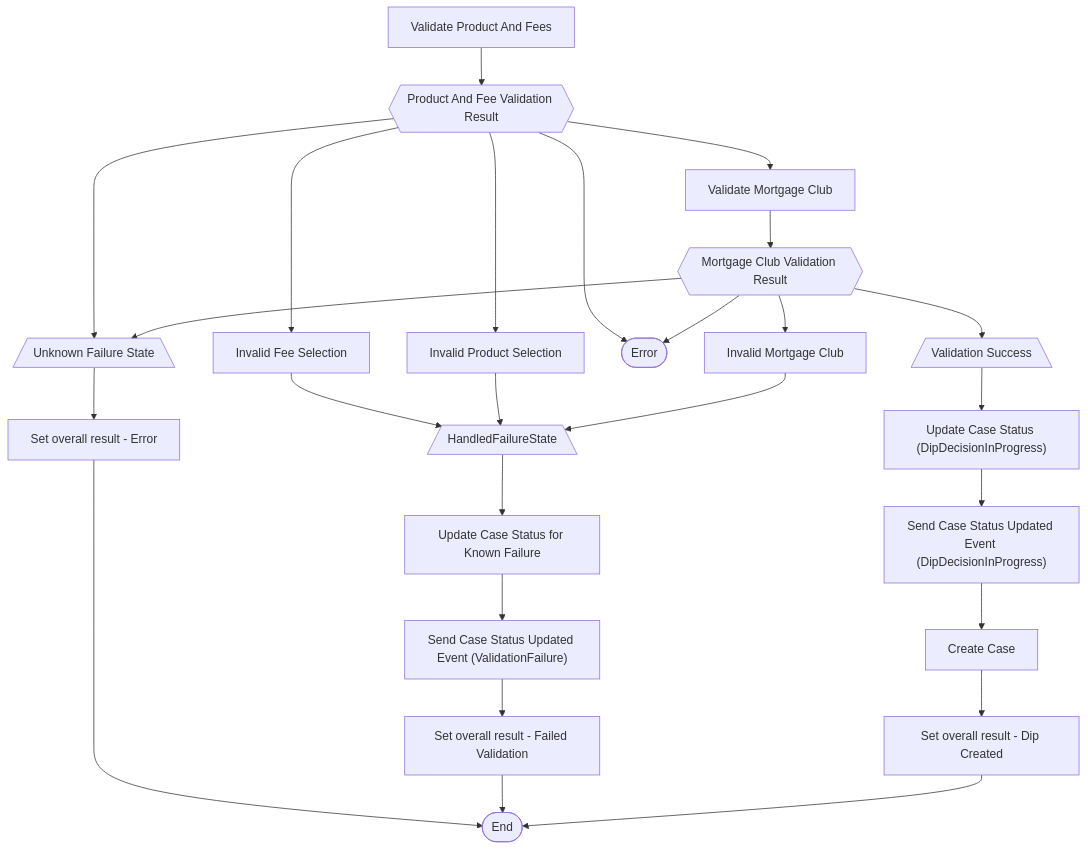
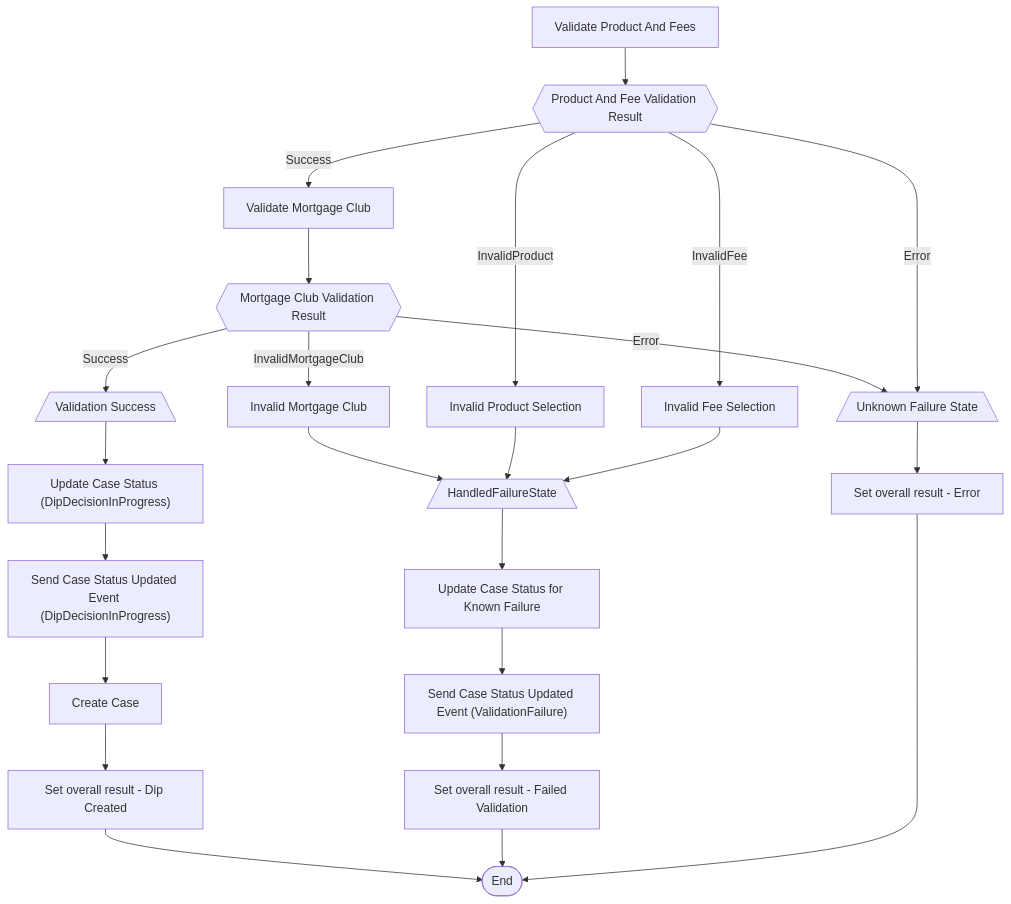
Before and after one commit to andybalham/ts-workflow-prototype: the third of 3 diagrams in test/documentation.md, drawn with Mermaid. The commit also changed other lines of this file and 7 other files, not shown here.

````diff
--- a/test/documentation.md
+++ b/test/documentation.md
@@ -27,36 +27,32 @@
 ```mermaid
 graph TB
 Validate_Product_And_Fees["Validate Product And Fees"] --> 
-Product_And_Fee_Validation_Result{{"Product And Fee Validation Result"}} --> 
+Product_And_Fee_Validation_Result{{"Product And Fee Validation Result"}} -- "Success" -->
 Validate_Mortgage_Club["Validate Mortgage Club"] --> 
-Mortgage_Club_Validation_Result{{"Mortgage Club Validation Result"}} --> 
+Mortgage_Club_Validation_Result{{"Mortgage Club Validation Result"}} -- "Success" -->
 Validation_Success[/"Validation Success"\] --> 
 Update_Case_Status__DipDecisionInProgress_["Update Case Status (DipDecisionInProgress)"] --> 
 Send_Case_Status_Updated_Event__DipDecisionInProgress_["Send Case Status Updated Event (DipDecisionInProgress)"] --> 
 Create_Case["Create Case"] --> 
 Set_overall_result___Dip_Created["Set overall result - Dip Created"] --> 
 _End_([End])
-Mortgage_Club_Validation_Result{{"Mortgage Club Validation Result"}} --> 
+Mortgage_Club_Validation_Result{{"Mortgage Club Validation Result"}} -- "InvalidMortgageClub" -->
 Invalid_Mortgage_Club["Invalid Mortgage Club"] --> 
 HandledFailureState[/"HandledFailureState"\] --> 
 Update_Case_Status_for_Known_Failure["Update Case Status for Known Failure"] --> 
 Send_Case_Status_Updated_Event__ValidationFailure_["Send Case Status Updated Event (ValidationFailure)"] --> 
 Set_overall_result___Failed_Validation["Set overall result - Failed Validation"] --> 
 _End_([End])
-Mortgage_Club_Validation_Result{{"Mortgage Club Validation Result"}} --> 
+Mortgage_Club_Validation_Result{{"Mortgage Club Validation Result"}} -- "Error" -->
 Unknown_Failure_State[/"Unknown Failure State"\] --> 
 Set_overall_result___Error["Set overall result - Error"] --> 
 _End_([End])
-Mortgage_Club_Validation_Result{{"Mortgage Club Validation Result"}} --> 
-_Error_([Error])
-Product_And_Fee_Validation_Result{{"Product And Fee Validation Result"}} --> 
+Product_And_Fee_Validation_Result{{"Product And Fee Validation Result"}} -- "InvalidProduct" -->
 Invalid_Product_Selection["Invalid Product Selection"] --> 
 HandledFailureState
-Product_And_Fee_Validation_Result{{"Product And Fee Validation Result"}} --> 
+Product_And_Fee_Validation_Result{{"Product And Fee Validation Result"}} -- "InvalidFee" -->
 Invalid_Fee_Selection["Invalid Fee Selection"] --> 
 HandledFailureState
-Product_And_Fee_Validation_Result{{"Product And Fee Validation Result"}} --> 
+Product_And_Fee_Validation_Result{{"Product And Fee Validation Result"}} -- "Error" -->
 Unknown_Failure_State
-Product_And_Fee_Validation_Result{{"Product And Fee Validation Result"}} --> 
-_Error_([Error])
 ```
````
